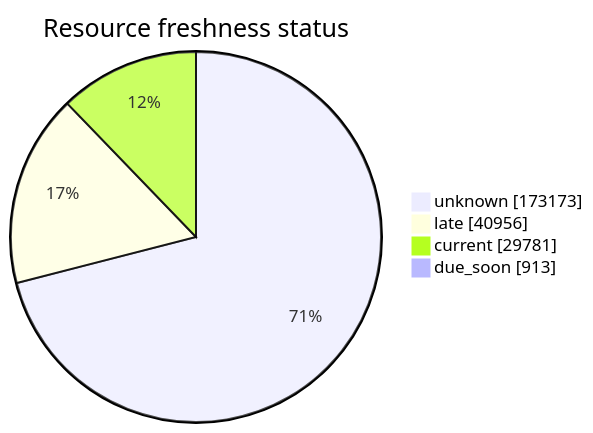
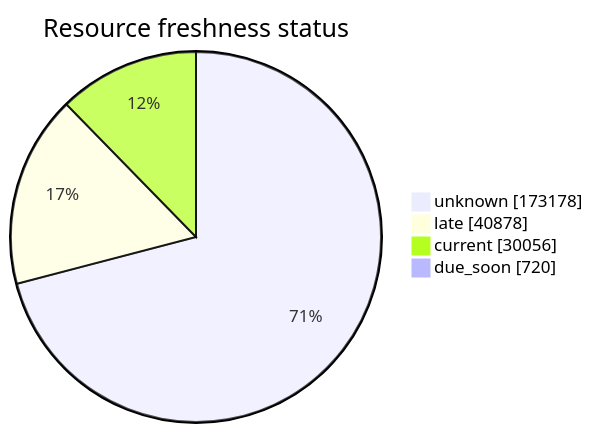
Before and after one commit to open-data/analytics-corporate-reporting: the third of 5 diagrams in FreshCheck/README.md, drawn with Mermaid. The commit also changed other lines of this file and 3 other files, not shown here.

````diff
--- a/FreshCheck/README.md
+++ b/FreshCheck/README.md
@@ -77,7 +77,7 @@
 ```mermaid
 pie showData title Resource freshness status
-    "unknown": 173173
-    "late": 40956
-    "current": 29781
-    "due_soon": 913
+    "unknown": 173178
+    "late": 40878
+    "current": 30056
+    "due_soon": 720
 ```
````
